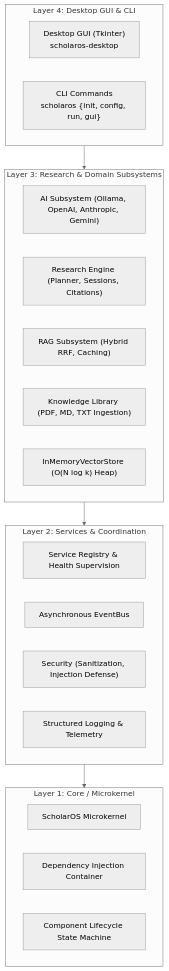
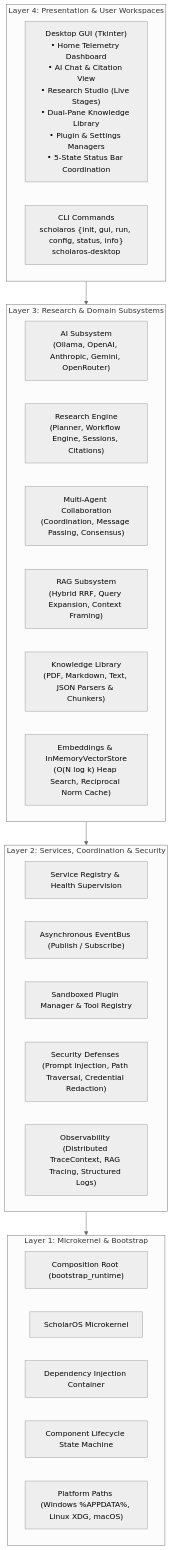
Before and after one commit to Musa-Khanj/ScholarOS: the diagram in README.md, drawn with Mermaid (neutral theme). The commit also changed other lines of this file, not shown here.

Commit message:
docs(readme): update README with latest desktop GUI, multi-agent collaboration, and V1 metrics

````diff
--- a/README.md
+++ b/README.md
@@ -65,32 +143,36 @@
 ```mermaid
 flowchart TD
-    subgraph UI ["Layer 4: Desktop GUI & CLI"]
-        Desktop["Desktop GUI (Tkinter)\nscholaros-desktop"]
-        CLI["CLI Commands\nscholaros {init, config, run, gui}"]
+    subgraph UI ["Layer 4: Presentation & User Workspaces"]
+        Desktop["Desktop GUI (Tkinter)\n• Home Telemetry Dashboard\n• AI Chat & Citation View\n• Research Studio (Live Stages)\n• Dual-Pane Knowledge Library\n• Plugin & Settings Managers\n• 5-State Status Bar Coordination"]
+        CLI["CLI Commands\nscholaros {init, gui, run, config, status, info}\nscholaros-desktop"]
     end
 
     subgraph Domain ["Layer 3: Research & Domain Subsystems"]
-        AI["AI Subsystem (Ollama, OpenAI, Anthropic, Gemini)"]
-        Research["Research Engine (Planner, Sessions, Citations)"]
-        RAG["RAG Subsystem (Hybrid RRF, Caching)"]
-        Knowledge["Knowledge Library (PDF, MD, TXT Ingestion)"]
-        VectorStore["InMemoryVectorStore (O(N log k) Heap)"]
+        AI["AI Subsystem\n(Ollama, OpenAI, Anthropic, Gemini, OpenRouter)"]
+        Research["Research Engine\n(Planner, Workflow Engine, Sessions, Citations)"]
+        Collab["Multi-Agent Collaboration\n(Coordination, Message Passing, Consensus)"]
+        RAG["RAG Subsystem\n(Hybrid RRF, Query Expansion, Context Framing)"]
+        Knowledge["Knowledge Library\n(PDF, Markdown, Text, JSON Parsers & Chunkers)"]
+        VectorStore["Embeddings & InMemoryVectorStore\n(O(N log k) Heap Search, Reciprocal Norm Cache)"]
     end
 
-    subgraph ServiceBus ["Layer 2: Services & Coordination"]
+    subgraph ServiceBus ["Layer 2: Services, Coordination & Security"]
         Services["Service Registry & Health Supervision"]
-        EventBus["Asynchronous EventBus"]
-        Security["Security (Sanitization, Injection Defense)"]
-        Observability["Structured Logging & Telemetry"]
+        EventBus["Asynchronous EventBus (Publish / Subscribe)"]
+        Plugins["Sandboxed Plugin Manager & Tool Registry"]
+        Security["Security Defenses (Prompt Injection, Path Traversal, Credential Redaction)"]
+        Observability["Observability (Distributed TraceContext, RAG Tracing, Structured Logs)"]
     end
 
-    subgraph Microkernel ["Layer 1: Core / Microkernel"]
+    subgraph Microkernel ["Layer 1: Microkernel & Bootstrap"]
+        Bootstrap["Composition Root (bootstrap_runtime)"]
         Kernel["ScholarOS Microkernel"]
         DI["Dependency Injection Container"]
         Lifecycle["Component Lifecycle State Machine"]
+        Platform["Platform Paths (Windows %APPDATA%, Linux XDG, macOS)"]
     end
 
     UI --> Domain
     Domain --> ServiceBus
     ServiceBus --> Microkernel
 ```
````
